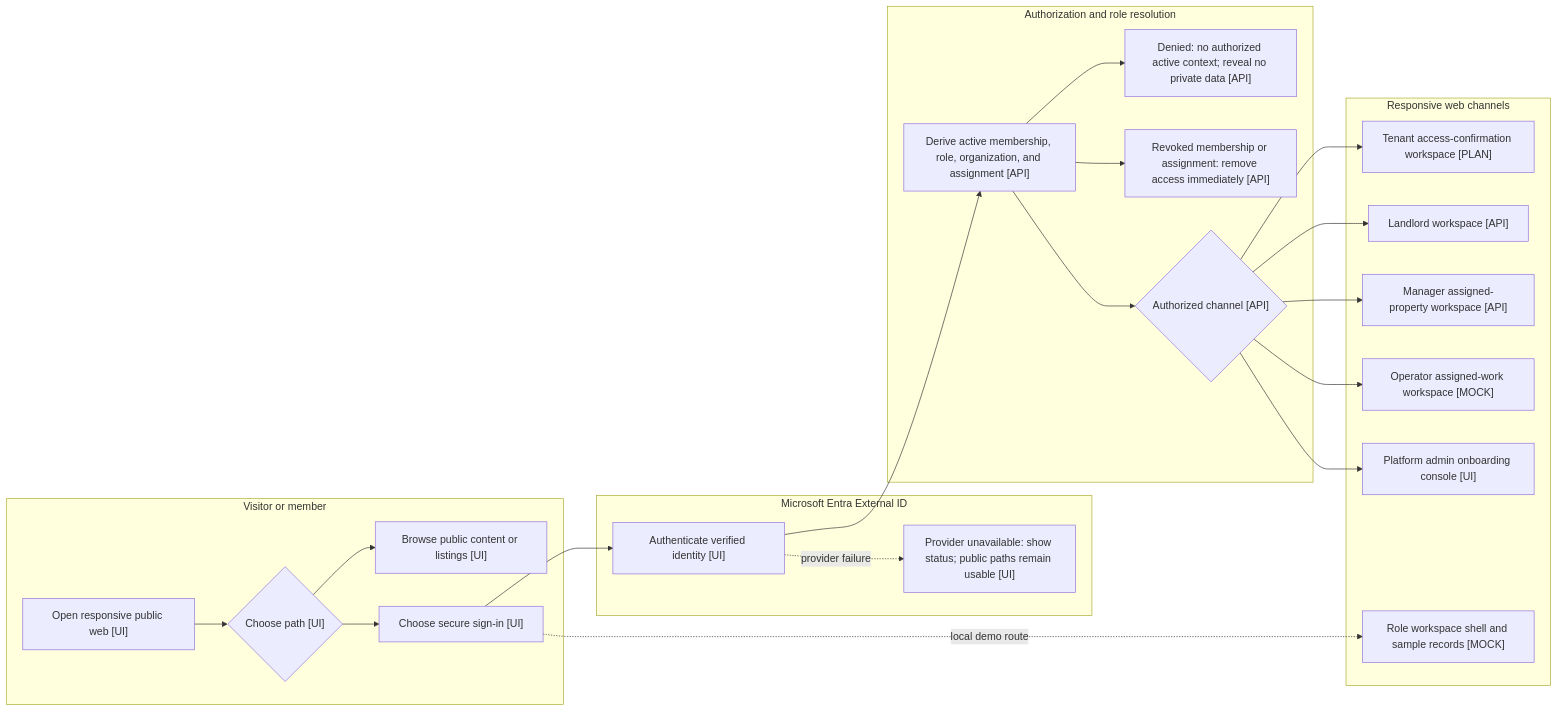
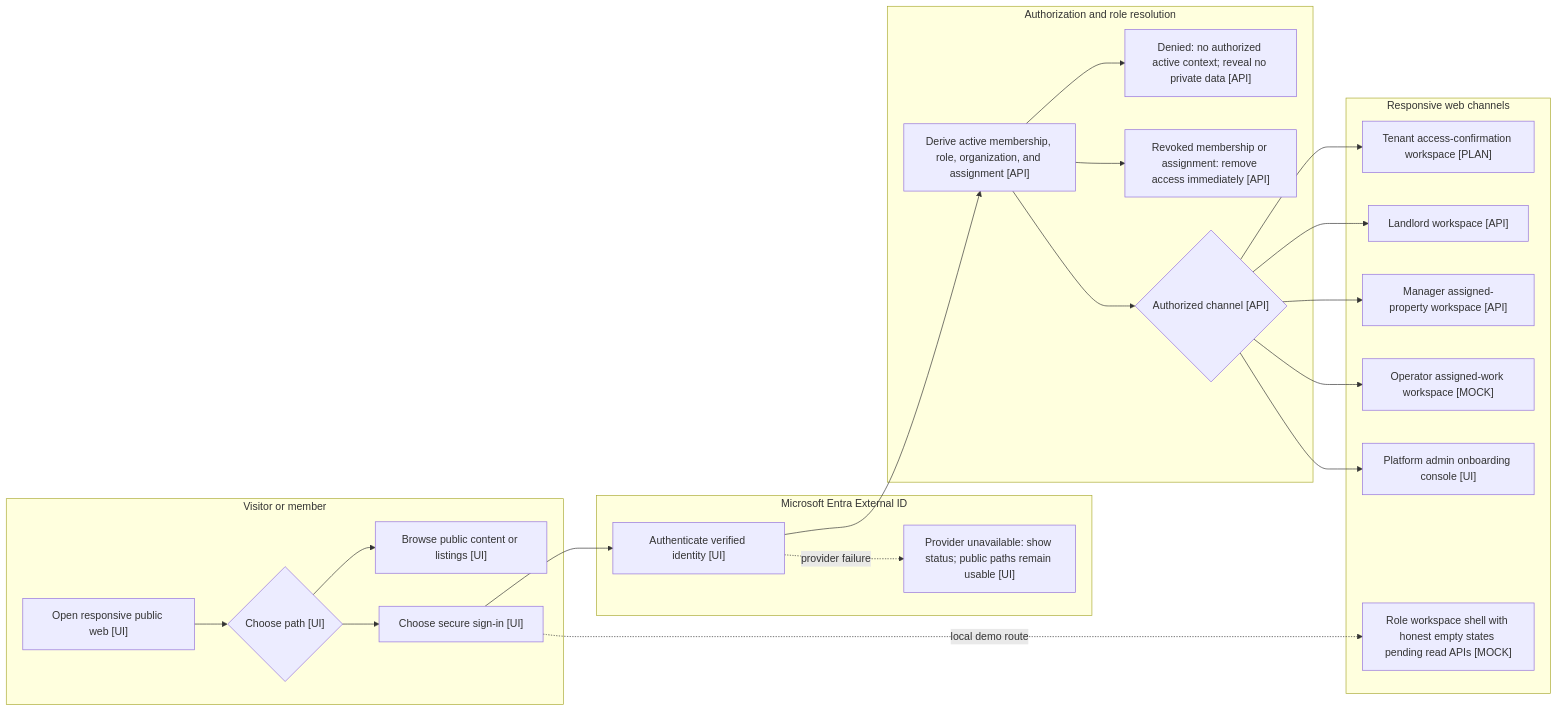
The first of 6 diagrams in docs/product/PILOT_ROLE_USE_CASES.md (keyforta/keyforta-property), drawn with Mermaid before and after one commit. The commit also changed 1 other file, not shown here.

Commit message:
fix: address Copilot review round 2 on PR #102
- add table-driven per-role regression coverage (tenant/landlord/
  manager/operator) asserting each role's honest empty-state copy
  renders and no fabricated names/records leak through
- split the combined empty-state/sign-out test into two focused
  cases per testing conventions
- fix contradictory architecture diagram label in
  docs/product/PILOT_ROLE_USE_CASES.md that still said the portal
  workspace shell ships 'sample records' after this PR removes them

````diff
--- a/docs/product/PILOT_ROLE_USE_CASES.md
+++ b/docs/product/PILOT_ROLE_USE_CASES.md
@@ -344,42 +344,42 @@
 ```mermaid
 flowchart LR
   subgraph Visitor[Visitor or member]
     A["Open responsive public web [UI]"]
     B{"Choose path [UI]"}
     C["Browse public content or listings [UI]"]
     D["Choose secure sign-in [UI]"]
   end
   subgraph Identity[Microsoft Entra External ID]
     E["Authenticate verified identity [UI]"]
     EU["Provider unavailable: show status; public paths remain usable [UI]"]
   end
   subgraph Domain[Authorization and role resolution]
     F["Derive active membership, role, organization, and assignment [API]"]
     FD["Denied: no authorized active context; reveal no private data [API]"]
     FR["Revoked membership or assignment: remove access immediately [API]"]
     G{"Authorized channel [API]"}
   end
   subgraph Channels[Responsive web channels]
     H["Tenant access-confirmation workspace [PLAN]"]
     I["Landlord workspace [API]"]
     J["Manager assigned-property workspace [API]"]
     K["Operator assigned-work workspace [MOCK]"]
     L["Platform admin onboarding console [UI]"]
-    M["Role workspace shell and sample records [MOCK]"]
+    M["Role workspace shell with honest empty states pending read APIs [MOCK]"]
   end
 
   A --> B
   B --> C
   B --> D --> E
   E -. provider failure .-> EU
   E --> F
   F --> FD
   F --> FR
   F --> G
   G --> H
   G --> I
   G --> J
   G --> K
   G --> L
   D -. local demo route .-> M
 ```
````
